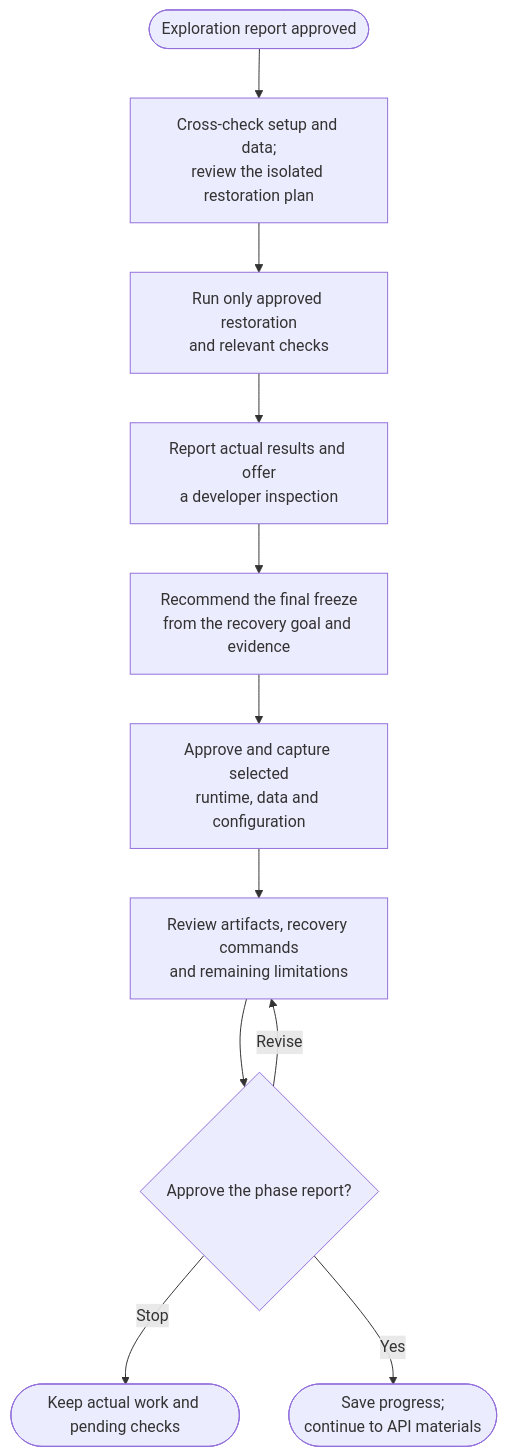
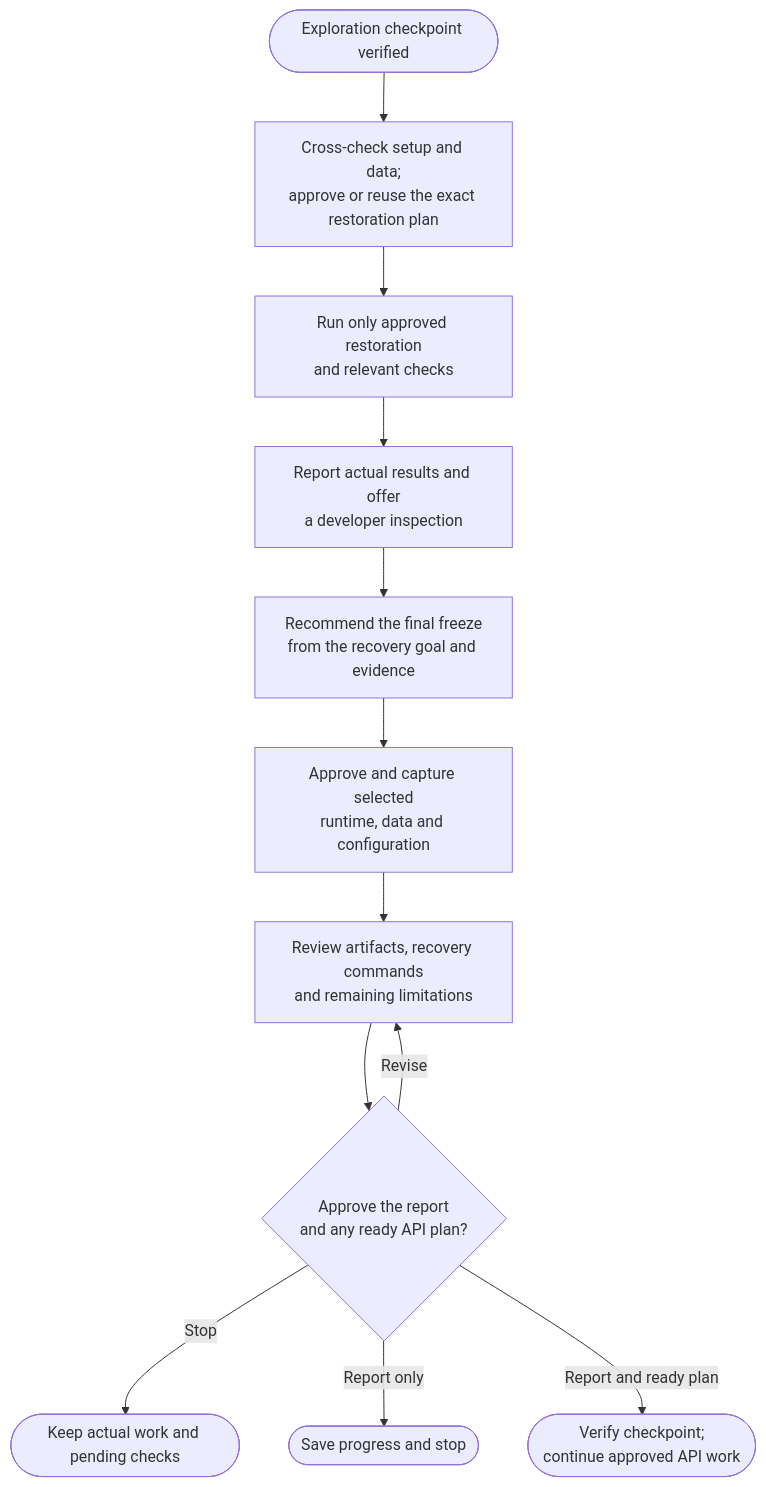
One commit to myowinthein/agent-helm changed the diagram in docs/commands/archive/2-restore-and-freeze/detailed.md. Above: the diagram before and after it, drawn with Mermaid. The commit also changed other lines of this file and 37 other files, not shown here.

````diff
--- a/docs/commands/archive/2-restore-and-freeze/detailed.md
+++ b/docs/commands/archive/2-restore-and-freeze/detailed.md
@@ -23,13 +23,14 @@
 ```mermaid
 flowchart TD
-  Start(["Exploration report approved"]) --> Plan["Cross-check setup and data;<br/>review the isolated restoration plan"]
+  Start(["Exploration checkpoint verified"]) --> Plan["Cross-check setup and data;<br/>approve or reuse the exact restoration plan"]
   Plan --> Restore["Run only approved restoration<br/>and relevant checks"]
   Restore --> Check["Report actual results and offer<br/>a developer inspection"]
   Check --> Freeze["Recommend the final freeze<br/>from the recovery goal and evidence"]
   Freeze --> Capture["Approve and capture selected<br/>runtime, data and configuration"]
   Capture --> Report["Review artifacts, recovery commands<br/>and remaining limitations"]
-  Report --> Approval{"Approve the phase report?"}
+  Report --> Approval{"Approve the report<br/>and any ready API plan?"}
   Approval -->|Revise| Report
   Approval -->|Stop| Pending(["Keep actual work and pending checks"])
-  Approval -->|Yes| Next(["Save progress;<br/>continue to API materials"])
+  Approval -->|Report only| Saved(["Save progress and stop"])
+  Approval -->|Report and ready plan| Next(["Verify checkpoint;<br/>continue approved API work"])
 ```
````
